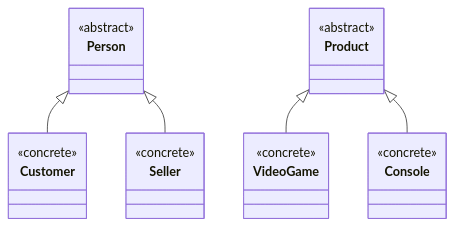
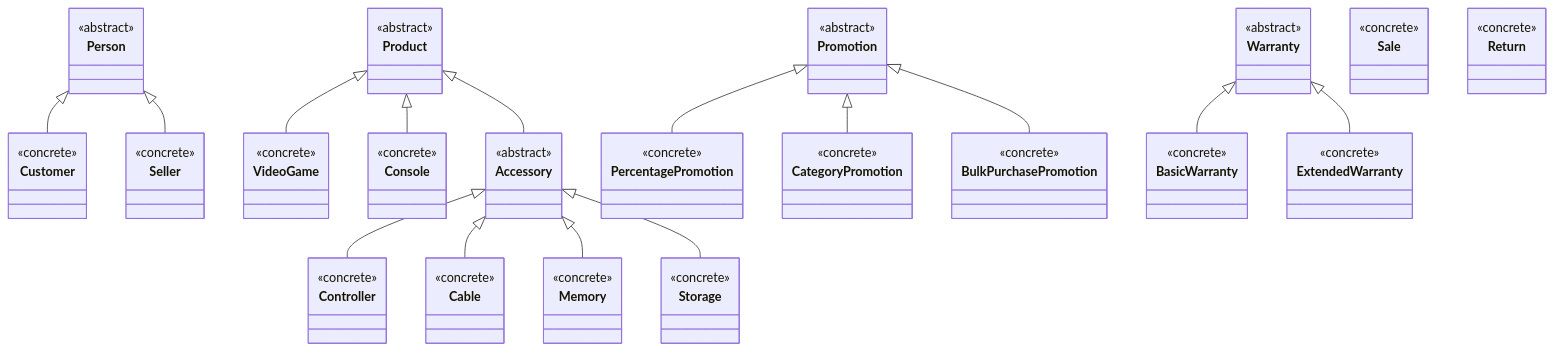
Before and after one commit to JhonfczDev/Taller2-GameZoneUnicesar-Capas: the diagram in docs/hierarchy-diagram.md, drawn with Mermaid.

Commit message:
docs: hierarchy diagram update

````diff
--- a/docs/hierarchy-diagram.md
+++ b/docs/hierarchy-diagram.md
@@ -19,10 +19,68 @@
     class Console {
         <<concrete>>
     }
+    class Accessory {
+        <<abstract>>
+    }
+    class Controller {
+        <<concrete>>
+    }
+    class Cable {
+        <<concrete>>
+    }
+    class Memory {
+        <<concrete>>
+    }
+    class Storage {
+        <<concrete>>
+    }
+
+    class Promotion {
+        <<abstract>>
+    }
+    class PercentagePromotion {
+        <<concrete>>
+    }
+    class CategoryPromotion {
+        <<concrete>>
+    }
+    class BulkPurchasePromotion {
+        <<concrete>>
+    }
+
+    class Warranty {
+        <<abstract>>
+    }
+    class BasicWarranty {
+        <<concrete>>
+    }
+    class ExtendedWarranty {
+        <<concrete>>
+    }
+
+    class Sale {
+        <<concrete>>
+    }
+    class Return {
+        <<concrete>>
+    }
 
     Person <|-- Customer
     Person <|-- Seller
 
     Product <|-- VideoGame
     Product <|-- Console
+    Product <|-- Accessory
+
+    Accessory <|-- Controller
+    Accessory <|-- Cable
+    Accessory <|-- Memory
+    Accessory <|-- Storage
+
+    Promotion <|-- PercentagePromotion
+    Promotion <|-- CategoryPromotion
+    Promotion <|-- BulkPurchasePromotion
+
+    Warranty <|-- BasicWarranty
+    Warranty <|-- ExtendedWarranty
 ```
````
